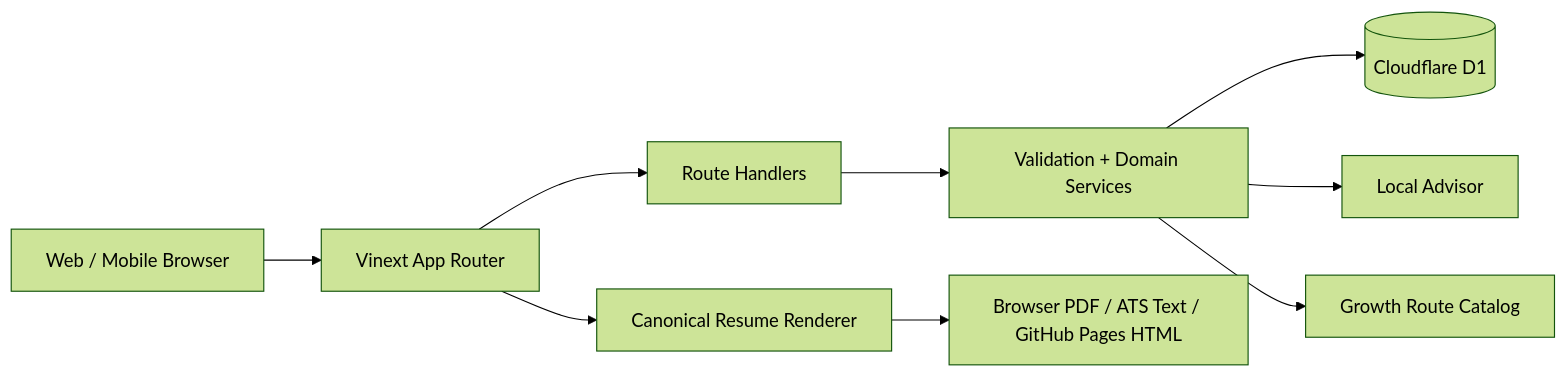
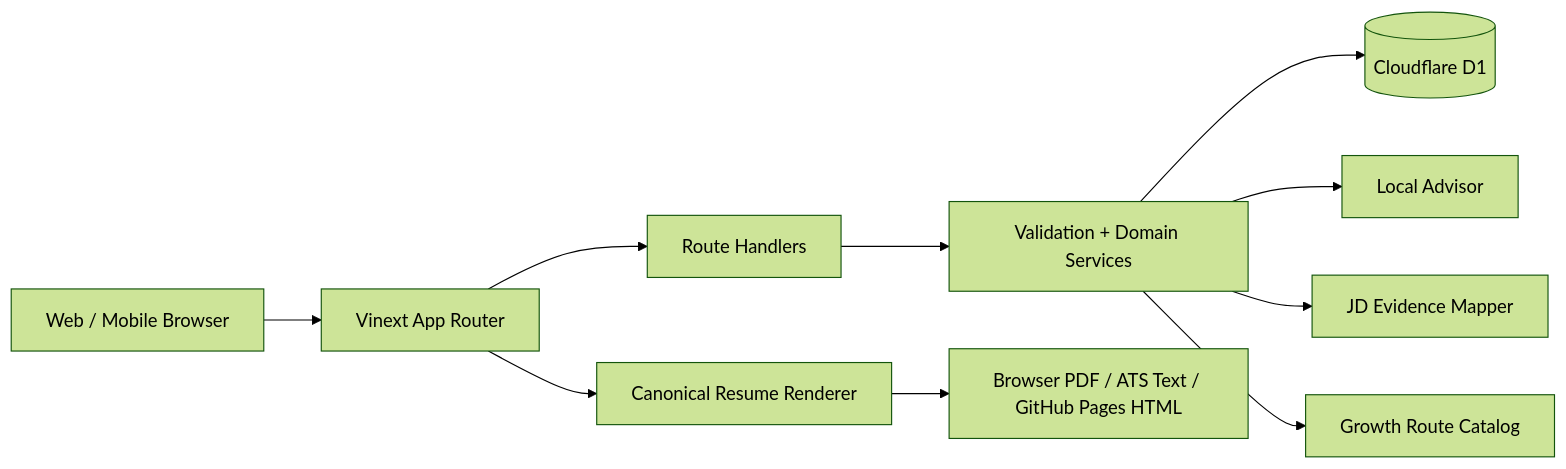
The first of 2 diagrams in docs/architecture.md (xhongduo-tech/easycv), drawn with Mermaid (forest theme) before and after one commit. The commit also changed other lines of this file and 32 other files, not shown here.

````diff
--- a/docs/architecture.md
+++ b/docs/architecture.md
@@ -7,11 +7,12 @@
 ```mermaid
 flowchart LR
   Browser[Web / Mobile Browser] --> App[Vinext App Router]
   App --> Routes[Route Handlers]
   Routes --> Domain[Validation + Domain Services]
   Domain --> D1[(Cloudflare D1)]
   Domain --> Advisor[Local Advisor]
+  Domain --> Evidence[JD Evidence Mapper]
   App --> Renderer[Canonical Resume Renderer]
   Renderer --> Print[Browser PDF / ATS Text / GitHub Pages HTML]
   Domain --> Growth[Growth Route Catalog]
 ```
````
